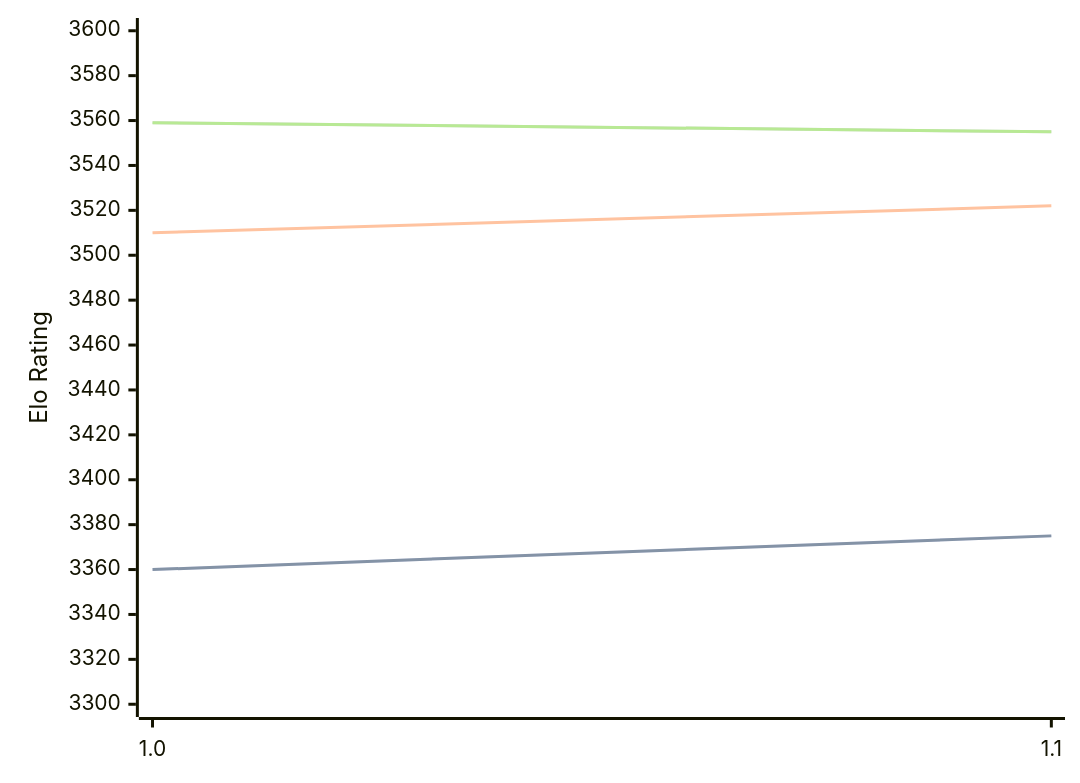
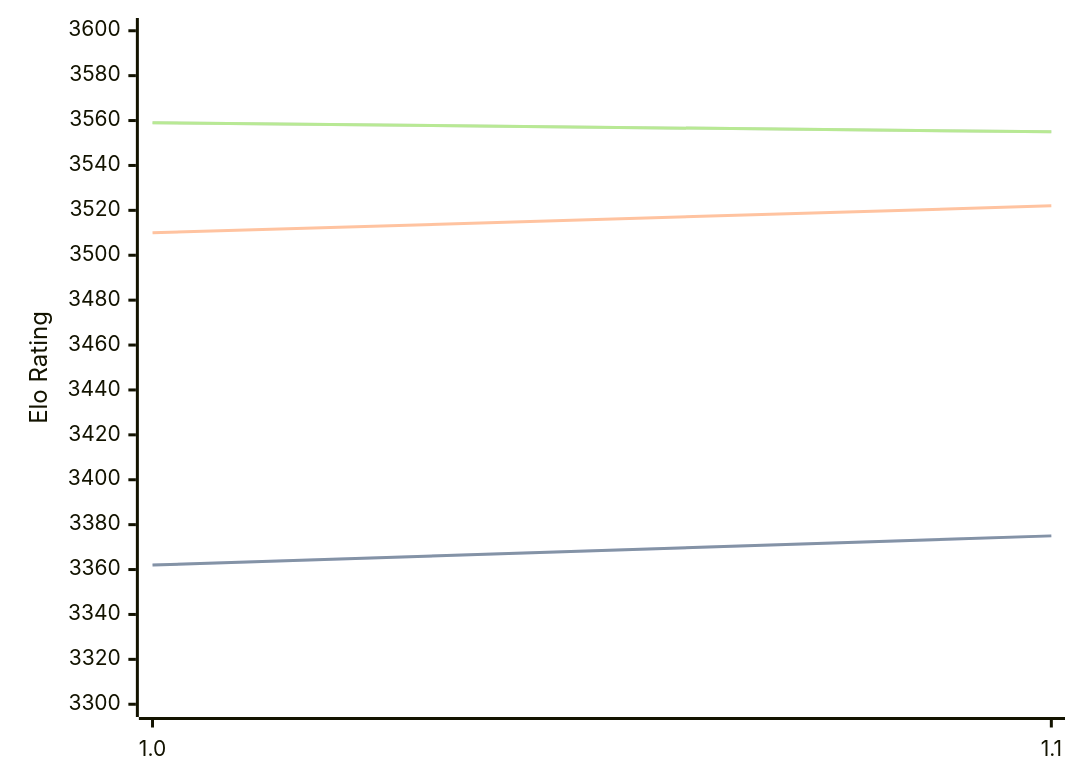
Before and after one commit to computer-chess-index/cci: the diagram in engines/Horsie.md, drawn with Mermaid. The commit also changed other lines of this file, not shown here.

````diff
--- a/engines/Horsie.md
+++ b/engines/Horsie.md
@@ -32,11 +32,11 @@
 ```mermaid
 %%{init: {"theme":"base","themeVariables":{"seriesColors:['#a3a3a3','#222221','#faa371']}}}%%
 xychart-beta
   x-axis ["1.0", "1.1"]
   y-axis "Elo Rating" 3300 --> 3600
-  line "STC (8.0+0.08s)" [3360, 3375]
-  line "STC (8.0+0.08s)" [3360, 3375]
+  line "STC (8.0+0.08s)" [3362, 3375]
+  line "STC (8.0+0.08s)" [3362, 3375]
   line "LTC (60.0+0.60s)" [3510, 3522]
   line "VLTC (2m24s+1.12s)" [3559, 3555]
   line "VLTC (2m24s+1.12s)" [3559, 3555]
 ```
````
